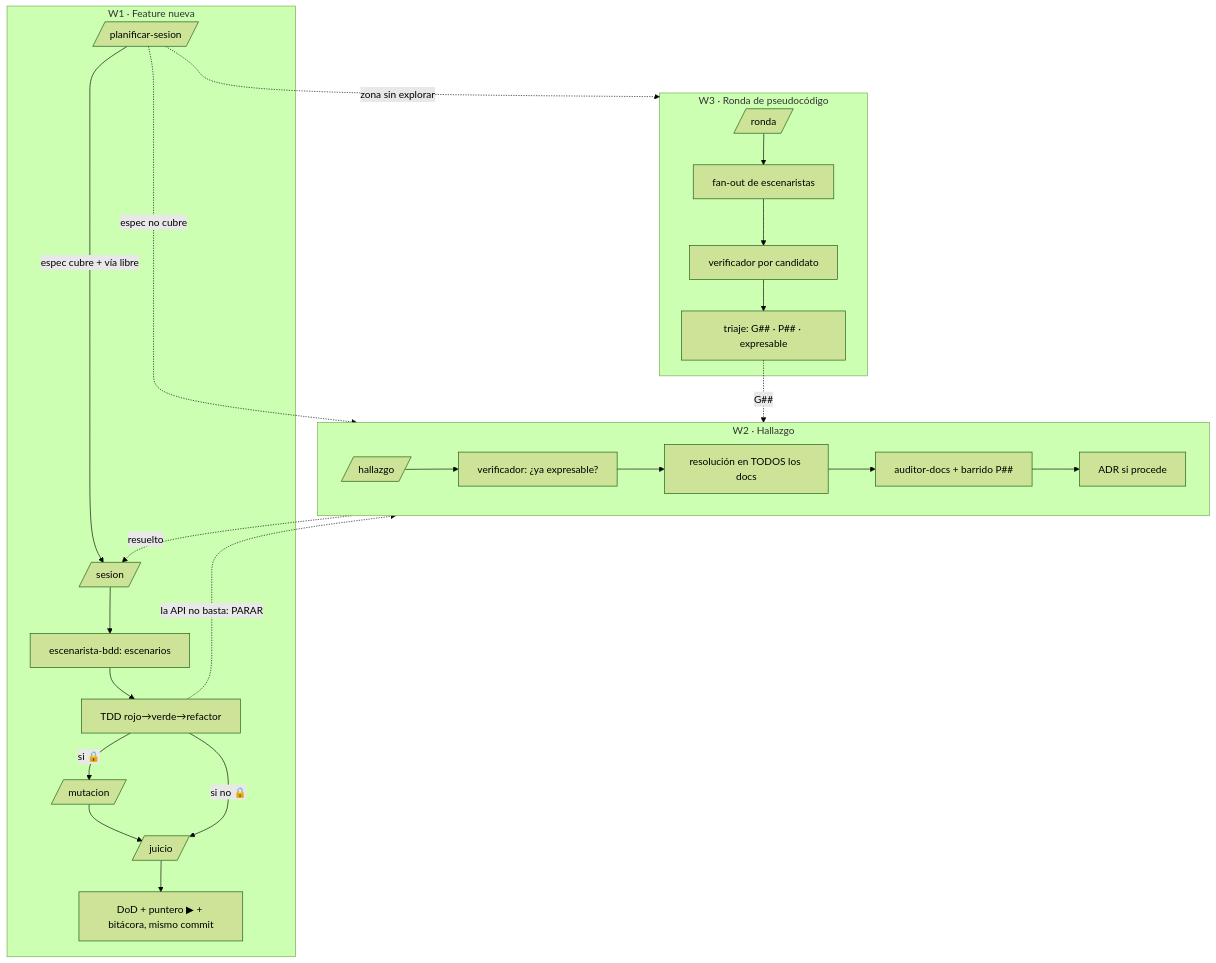
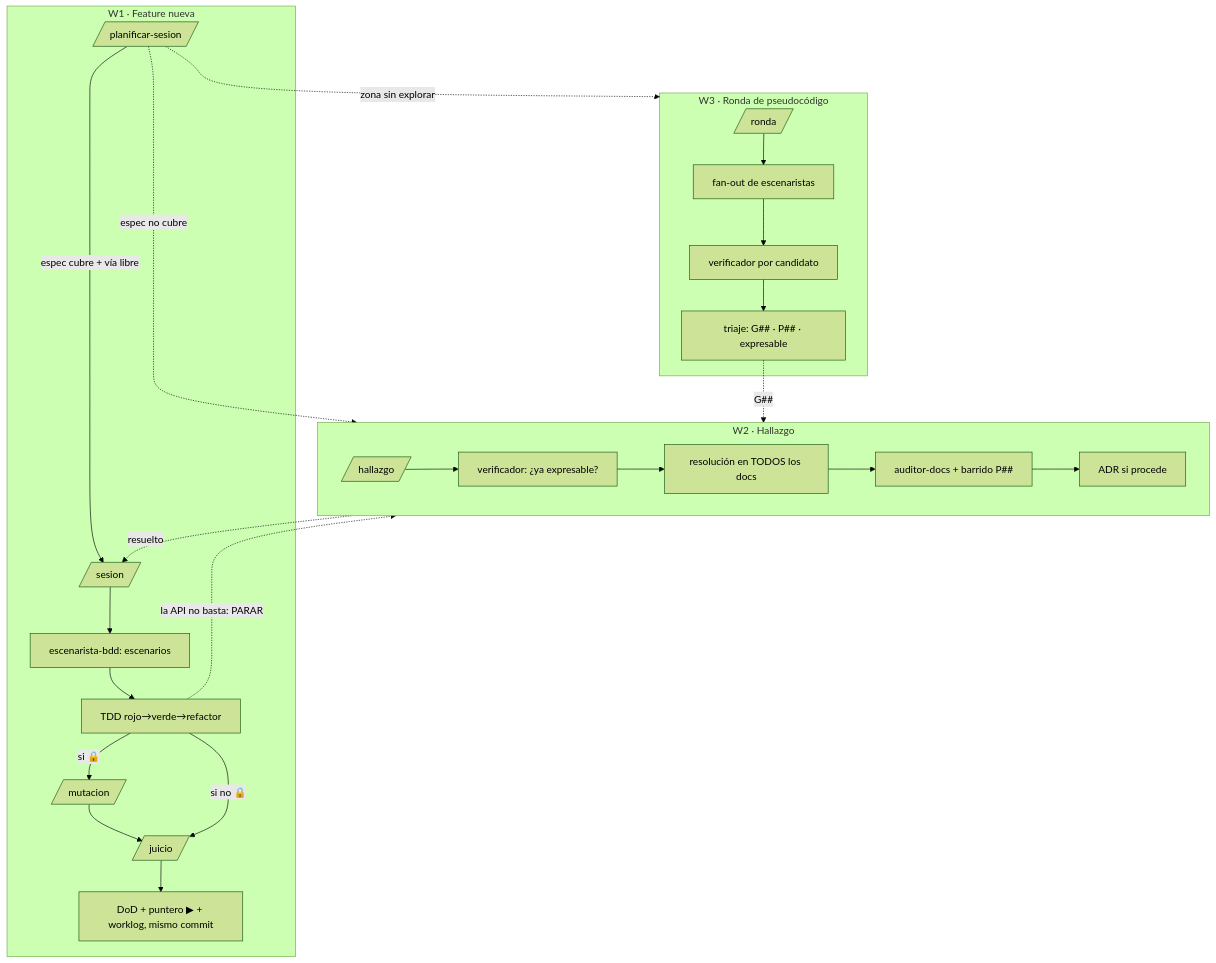
Before and after one commit to dbareagimeno/enu: the diagram in .claude/README.md, drawn with Mermaid (forest theme). The commit also changed other lines of this file and 100 other files, not shown here.

````diff
--- a/.claude/README.md
+++ b/.claude/README.md
@@ -26,28 +26,28 @@
 ```mermaid
 flowchart TD
     subgraph W1 [W1 · Feature nueva]
         P[/planificar-sesion/] -->|espec cubre + vía libre| S[/sesion/]
         S --> B[escenarista-bdd: escenarios]
         B --> T[TDD rojo→verde→refactor]
         T -->|si 🔒| M[/mutacion/]
         M --> J[/juicio/]
         T -->|si no 🔒| J
-        J --> D[DoD + puntero ▶ + bitácora, mismo commit]
+        J --> D[DoD + puntero ▶ + worklog, mismo commit]
     end
     subgraph W2 [W2 · Hallazgo]
         G[/hallazgo/] --> V2[verificador: ¿ya expresable?]
         V2 --> R[resolución en TODOS los docs]
         R --> A[auditor-docs + barrido P##]
         A --> ADR[ADR si procede]
     end
     subgraph W3 [W3 · Ronda de pseudocódigo]
         RO[/ronda/] --> F[fan-out de escenaristas]
         F --> V3[verificador por candidato]
         V3 --> TR[triaje: G## · P## · expresable]
     end
     P -.->|espec no cubre| W2
     P -.->|zona sin explorar| W3
     T -.->|la API no basta: PARAR| W2
     TR -.->|G##| W2
     W2 -.->|resuelto| S
 ```
````
